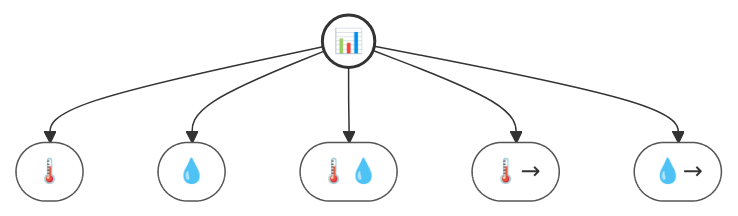
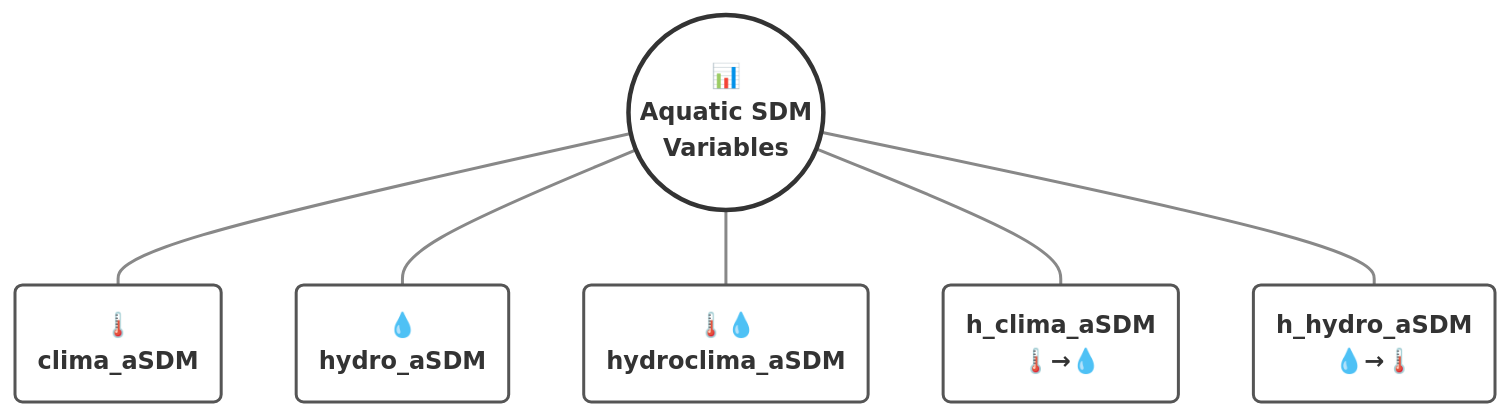
Before and after one commit to Vagenas7119/aSDMs: the second of 2 diagrams in README.md, drawn with Mermaid. The commit also changed other lines of this file, not shown here.

````diff
--- a/README.md
+++ b/README.md
@@ -93,22 +78,26 @@
 ```mermaid
+%%{init: {'theme': 'base', 'themeVariables': { 'fontFamily': 'Arial', 'nodeTextMargin': 5}, 'config': {'fontSize': 14}}}%%
 flowchart TD
-    A(("📊")) --> B(["🌡️"])
-    A --> C(["💧"]) 
-    A --> D(["🌡️💧"])
-    A --> E(["🌡️→"])
-    A --> F(["💧→"])
+    A(("<b>📊<br/>Aquatic SDM<br/>Variables</b>")):::centerNode
+    B("<b>🌡️<br/>clima_aSDM</b>"):::outerNode
+    C("<b>💧<br/>hydro_aSDM</b>"):::outerNode
+    D("<b>🌡️💧<br/>hydroclima_aSDM</b>"):::outerNode
+    E("<b>h_clima_aSDM<br/>🌡️→💧</b>"):::outerNode
+    F("<b>h_hydro_aSDM<br/>💧→🌡️</b>"):::outerNode
 
-    style A stroke:#333,stroke-width:2px,fill:none
-    style B stroke:#555,fill:none
-    style C stroke:#555,fill:none
-    style D stroke:#555,fill:none
-    style E stroke:#555,fill:none
-    style F stroke:#555,fill:none
+    A --- B
+    A --- C
+    A --- D
+    A --- E
+    A --- F
 
-    %% Add invisible labels for hover
-    click B "clima_aSDM" _blank
-    click C "hydro_aSDM" _blank
-    click D "hydroclima_aSDM" _blank
-    click E "h_clima_aSDM" _blank
-    click F "h_hydro_aSDM" _blank
+    classDef centerNode stroke:#333,stroke-width:3px,fill:none,text-align:center
+    classDef outerNode stroke:#555,stroke-width:2px,fill:none,text-align:center
+    
+    %% Radial layout forces
+    linkStyle 0 stroke:#888,stroke-width:2px,stroke-dasharray:0
+    linkStyle 1 stroke:#888,stroke-width:2px,stroke-dasharray:0
+    linkStyle 2 stroke:#888,stroke-width:2px,stroke-dasharray:0
+    linkStyle 3 stroke:#888,stroke-width:2px,stroke-dasharray:0
+    linkStyle 4 stroke:#888,stroke-width:2px,stroke-dasharray:0
 ```
````
